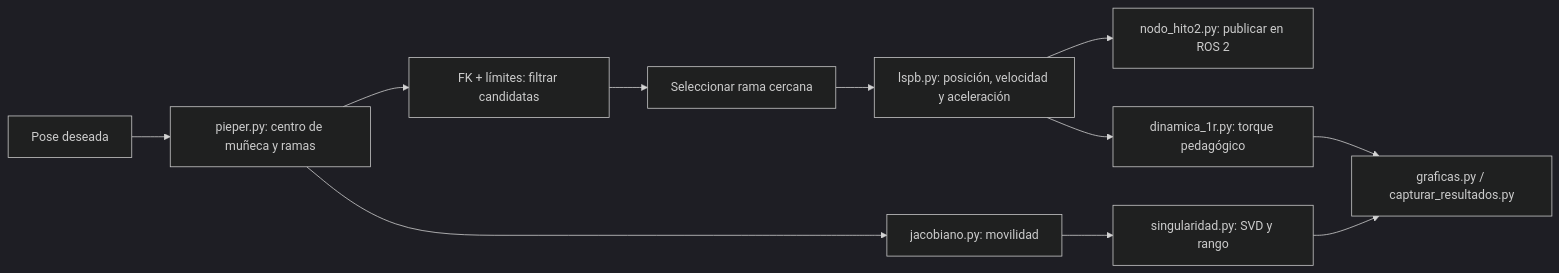
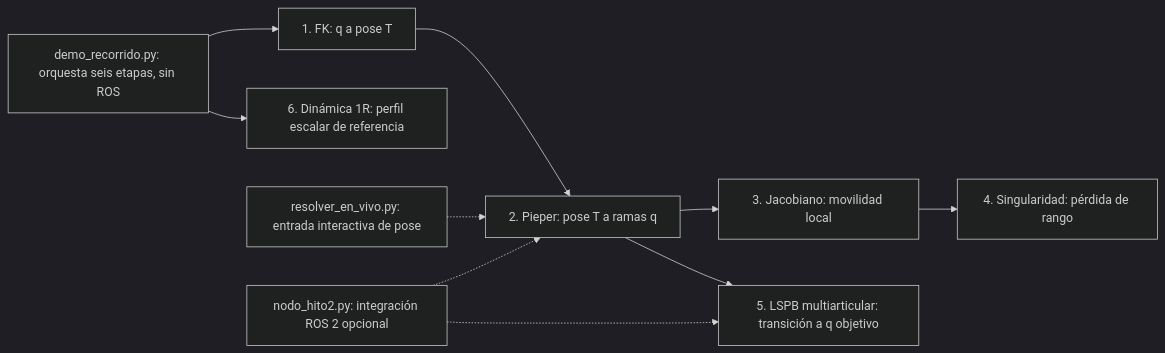
Before and after one commit to FlorenciaFrigerio/pfi-vevas-irb120: the diagram in docs/hito2/guia/README.md, drawn with Mermaid (dark theme). The commit also changed other lines of this file and 9 other files, not shown here.

````diff
--- a/docs/hito2/guia/README.md
+++ b/docs/hito2/guia/README.md
@@ -7,13 +16,12 @@
-```mermaid
+~~~mermaid
 flowchart LR
-  A[Pose deseada] --> B[ pieper.py: centro de muñeca y ramas ]
-  B --> C[FK + límites: filtrar candidatas]
-  C --> D[Seleccionar rama cercana]
-  D --> E["lspb.py: posición, velocidad y aceleración"]
-  E --> F[nodo_hito2.py: publicar en ROS 2]
-  B --> G[jacobiano.py: movilidad]
-  G --> H[singularidad.py: SVD y rango]
-  E --> I[dinamica_1r.py: torque pedagógico]
-  H --> J[graficas.py / capturar_resultados.py]
-  I --> J
-```
+  D["demo_recorrido.py: orquesta seis etapas, sin ROS"] --> A["1. FK: q a pose T"]
+  A --> B["2. Pieper: pose T a ramas q"]
+  B --> C["3. Jacobiano: movilidad local"]
+  C --> E["4. Singularidad: pérdida de rango"]
+  B --> F["5. LSPB multiarticular: transición a q objetivo"]
+  D --> G["6. Dinámica 1R: perfil escalar de referencia"]
+  H["resolver_en_vivo.py: entrada interactiva de pose"] -.-> B
+  I["nodo_hito2.py: integración ROS 2 opcional"] -.-> B
+  I -.-> F
+~~~
````
